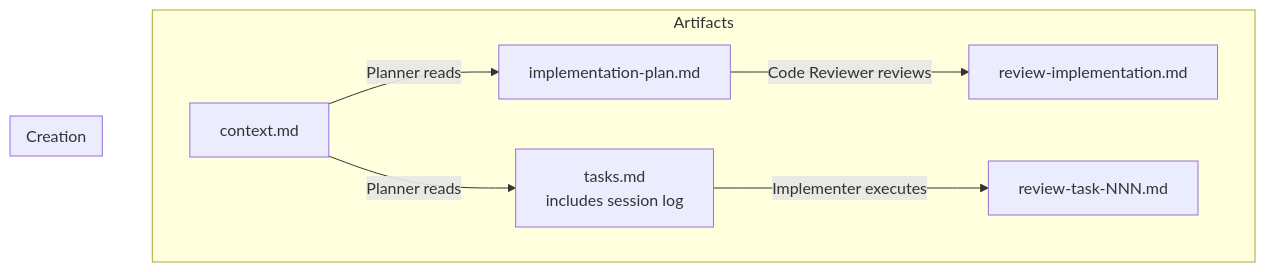
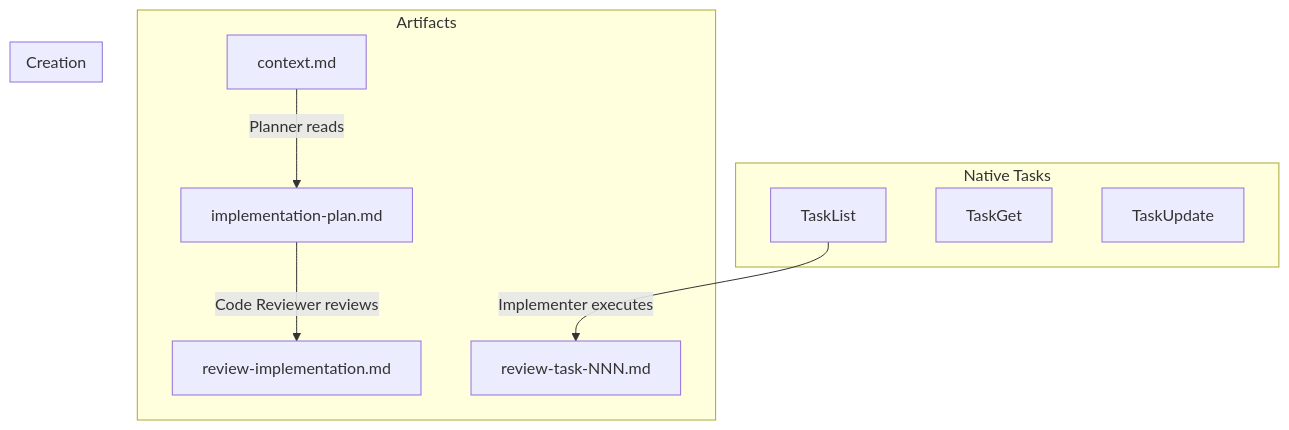
The seventh of 7 diagrams in loom/WORKFLOW.md (beingfrankly/loom), drawn with Mermaid before and after one commit. The commit also changed other lines of this file and 27 other files, not shown here.

First line of the commit message:
refactor: migrate to native Claude Code task system

````diff
--- a/loom/WORKFLOW.md
+++ b/loom/WORKFLOW.md
@@ -355,17 +306,21 @@
 ```mermaid
 flowchart TD
     subgraph Artifacts
         CTX[context.md]
         PLAN[implementation-plan.md]
-        TASKS[tasks.md<br/>includes session log]
         REV1[review-implementation.md]
         REV2[review-task-NNN.md]
     end
 
+    subgraph Native Tasks
+        TL[TaskList]
+        TG[TaskGet]
+        TU[TaskUpdate]
+    end
+
     subgraph Creation
         CTX -->|"Planner reads"| PLAN
-        CTX -->|"Planner reads"| TASKS
         PLAN -->|"Code Reviewer reviews"| REV1
-        TASKS -->|"Implementer executes"| REV2
+        TL -->|"Implementer executes"| REV2
     end
 ```
````
